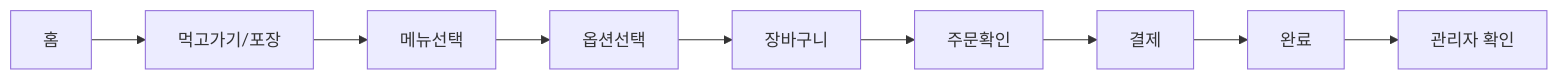
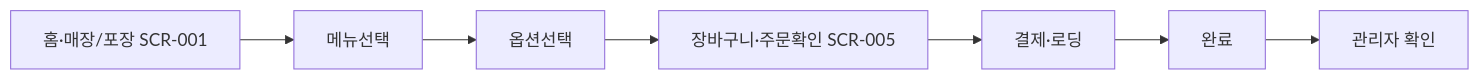
Before and after one commit to hagenie128/ASAK: the first of 25 diagrams in docs/wiki/user-scenarios.md, drawn with Mermaid. The commit also changed other lines of this file and 241 other files, not shown here.

````diff
--- a/docs/wiki/user-scenarios.md
+++ b/docs/wiki/user-scenarios.md
@@ -7,11 +7,9 @@
 ```mermaid
 flowchart LR
-    A[홈] --> B[먹고가기/포장]
-    B --> C[메뉴선택]
+    A[홈·매장/포장 SCR-001] --> C[메뉴선택]
     C --> D[옵션선택]
-    D --> E[장바구니]
-    E --> F[주문확인]
-    F --> G[결제]
+    D --> E[장바구니·주문확인 SCR-005]
+    E --> G[결제·로딩]
     G --> H[완료]
     H --> I[관리자 확인]
 ```
````
